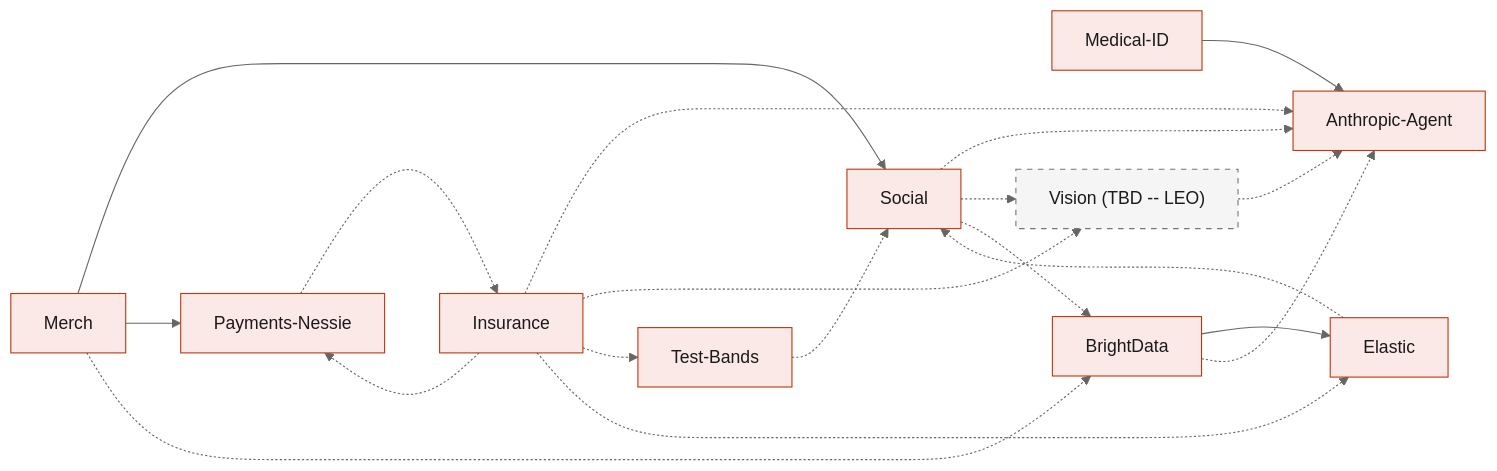
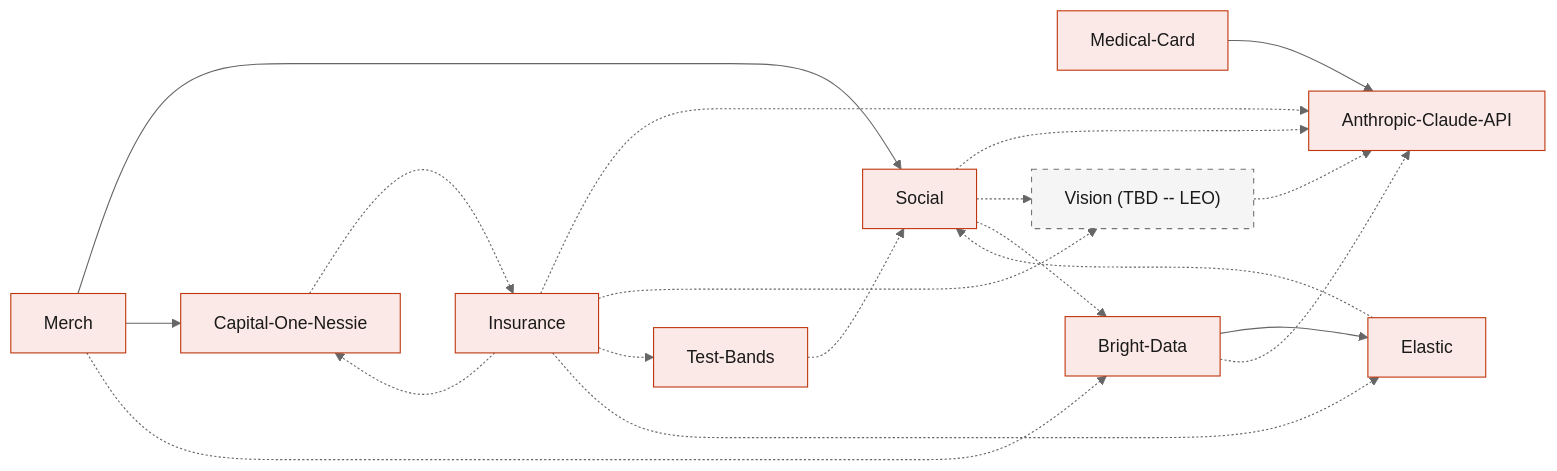
The diagram in System Design/README.md (viktorinkov/cal-hacks-13), drawn with Mermaid (neutral theme) before and after one commit. The commit also changed other lines of this file and 26 other files, not shown here.

````diff
--- a/System Design/README.md
+++ b/System Design/README.md
@@ -59,37 +101,37 @@
 ```mermaid
 flowchart LR
   Merch["Merch"]
   Hyp["Insurance"]
   Soc["Social"]
   Ela["Elastic"]
-  Med["Medical-ID"]
-  AI["Anthropic-Agent"]
-  BD["BrightData"]
-  Pay["Payments-Nessie"]
+  Med["Medical-Card"]
+  AI["Anthropic-Claude-API"]
+  BD["Bright-Data"]
+  Pay["Capital-One-Nessie"]
   Vision["Vision (TBD -- LEO)"]
   Sim["Test-Bands"]
 
   Merch --> Soc
   Merch --> Pay
   Merch -.-> BD
   Pay -.-> Hyp
   Hyp -.-> Pay
   Hyp -.-> AI
   Hyp -.-> Vision
   Hyp -.-> Sim
   Hyp -.-> Ela
   Med --> AI
   Soc -.-> AI
   Soc -.-> Vision
   Soc -.-> BD
   Sim -.-> Soc
   BD --> Ela
   BD -.-> AI
   Ela -.-> Soc
   Vision -.-> AI
 
   classDef rust fill:#FBE9E7,stroke:#BF360C,color:#1A1A1A
   classDef tbd fill:#F5F5F5,stroke:#757575,color:#1A1A1A,stroke-dasharray:5 5
   class Merch,Hyp,Soc,Ela,Med,AI,BD,Pay,Sim rust
   class Vision tbd
 ```
````
